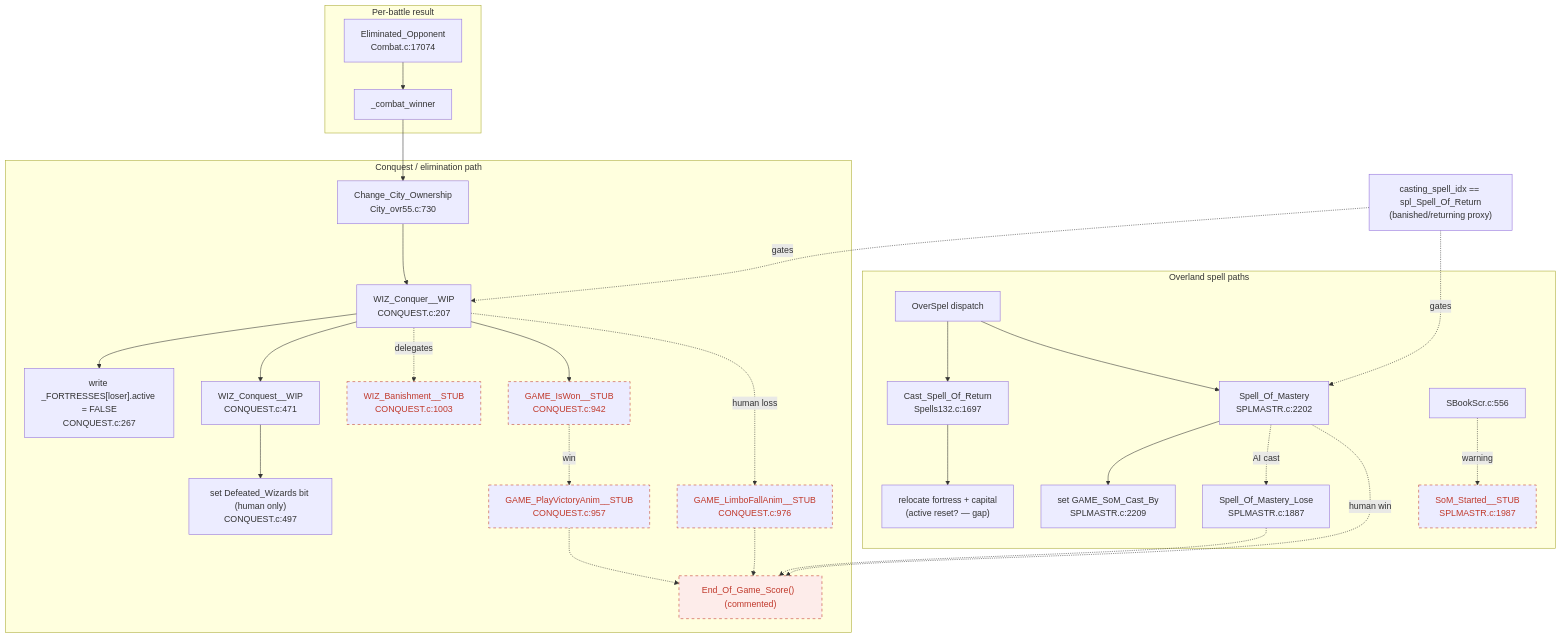
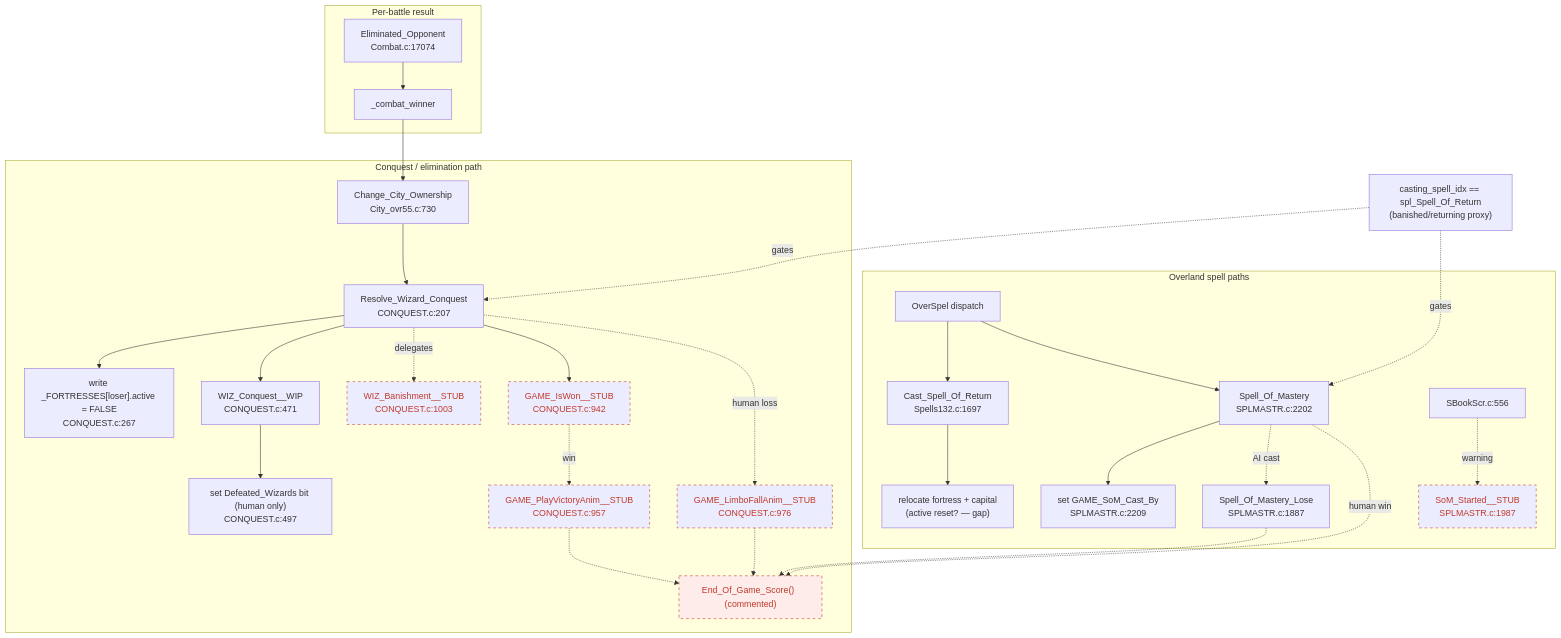
One commit to jbalcomb/ReMoM changed the diagram in doc/#AI_Plans/BRA-Endgame-Testing.md. Above: the diagram before and after it, drawn with Mermaid. The commit also changed other lines of this file and 11 other files, not shown here.

Commit message:
done-done Resolve_Wizard_Conquest()

````diff
--- a/doc/#AI_Plans/BRA-Endgame-Testing.md
+++ b/doc/#AI_Plans/BRA-Endgame-Testing.md
@@ -228,39 +228,39 @@
 ```mermaid
 graph TD
     subgraph Conquest["Conquest / elimination path"]
-        CCO["Change_City_Ownership<br/>City_ovr55.c:730"] --> WCW["WIZ_Conquer__WIP<br/>CONQUEST.c:207"]
+        CCO["Change_City_Ownership<br/>City_ovr55.c:730"] --> WCW["Resolve_Wizard_Conquest<br/>CONQUEST.c:207"]
         WCW --> FA["write _FORTRESSES[loser].active = FALSE<br/>CONQUEST.c:267"]
         WCW --> WCQ["WIZ_Conquest__WIP<br/>CONQUEST.c:471"]
         WCQ --> DWB["set Defeated_Wizards bit (human only)<br/>CONQUEST.c:497"]
         WCW -.delegates.-> WBS["WIZ_Banishment__STUB<br/>CONQUEST.c:1003"]
         WCW --> GIW["GAME_IsWon__STUB<br/>CONQUEST.c:942"]
         GIW -.win.-> GPV["GAME_PlayVictoryAnim__STUB<br/>CONQUEST.c:957"]
         WCW -.human loss.-> GLF["GAME_LimboFallAnim__STUB<br/>CONQUEST.c:976"]
         GPV -.-> GOV["End_Of_Game_Score()  (commented)"]
         GLF -.-> GOV
     end
 
     subgraph Combat["Per-battle result"]
         EO["Eliminated_Opponent<br/>Combat.c:17074"] --> CW["_combat_winner"]
         CW --> CCO
     end
 
     subgraph Spells["Overland spell paths"]
         OSP["OverSpel dispatch"] --> CSR["Cast_Spell_Of_Return<br/>Spells132.c:1697"]
         OSP --> SOM["Spell_Of_Mastery<br/>SPLMASTR.c:2202"]
         CSR --> RELO["relocate fortress + capital<br/>(active reset? — gap)"]
         SOM --> SCB["set GAME_SoM_Cast_By<br/>SPLMASTR.c:2209"]
         SOM -.AI cast.-> SOL["Spell_Of_Mastery_Lose<br/>SPLMASTR.c:1887"]
         SOM -.human win.-> GOV
         SOL -.-> GOV
         SBS["SBookScr.c:556"] -.warning.-> SST["SoM_Started__STUB<br/>SPLMASTR.c:1987"]
     end
 
     CSTATE["casting_spell_idx == spl_Spell_Of_Return<br/>(banished/returning proxy)"] -.gates.-> WCW
     CSTATE -.gates.-> SOM
 
     classDef stub stroke-dasharray:5 5,stroke:#c0392b,color:#c0392b;
     classDef commented fill:#fdecea,stroke:#c0392b,stroke-dasharray:5 5,color:#c0392b;
     class WBS,GIW,GPV,GLF,SST stub;
     class GOV commented;
 ```
````
